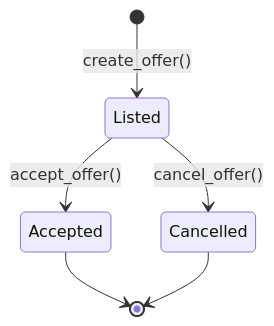
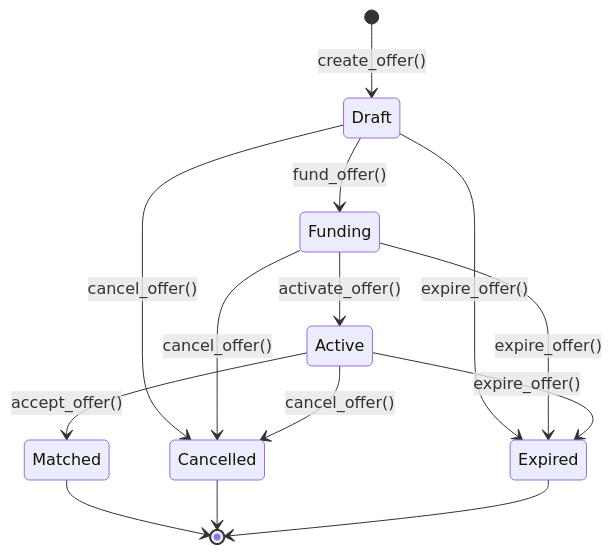
The first of 2 diagrams in docs/07_STATE_MACHINE.md (TheAnh1404/NexusLending), drawn with Mermaid before and after one commit. The commit also changed other lines of this file and 72 other files, not shown here.

````diff
--- a/docs/07_STATE_MACHINE.md
+++ b/docs/07_STATE_MACHINE.md
@@ -17,10 +18,16 @@
 ```mermaid
 stateDiagram-v2
-    [*] --> Listed : create_offer()
-
-    Listed --> Accepted : accept_offer()
-    Listed --> Cancelled : cancel_offer()
-
-    Accepted --> [*]
+    [*] --> Draft : create_offer()
+    Draft --> Funding : fund_offer()
+    Funding --> Active : activate_offer()
+    Draft --> Cancelled : cancel_offer()
+    Funding --> Cancelled : cancel_offer()
+    Active --> Cancelled : cancel_offer()
+    Draft --> Expired : expire_offer()
+    Funding --> Expired : expire_offer()
+    Active --> Expired : expire_offer()
+    Active --> Matched : accept_offer()
+    Matched --> [*]
     Cancelled --> [*]
+    Expired --> [*]
 ```
````
